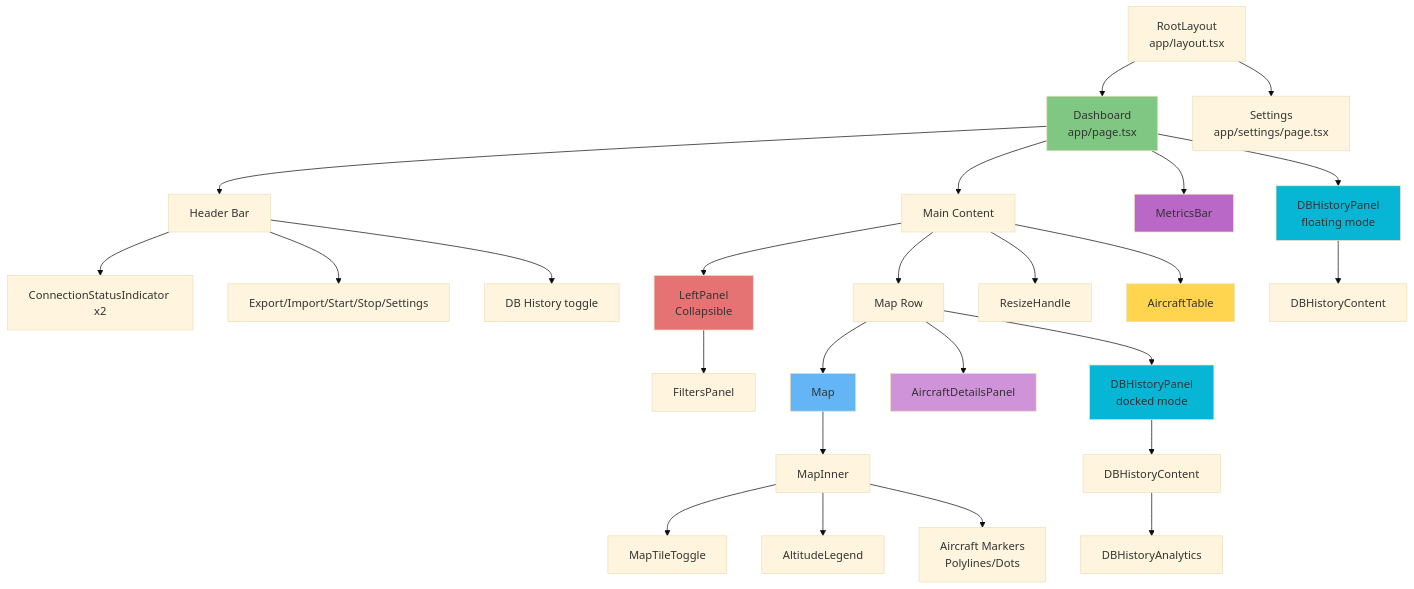
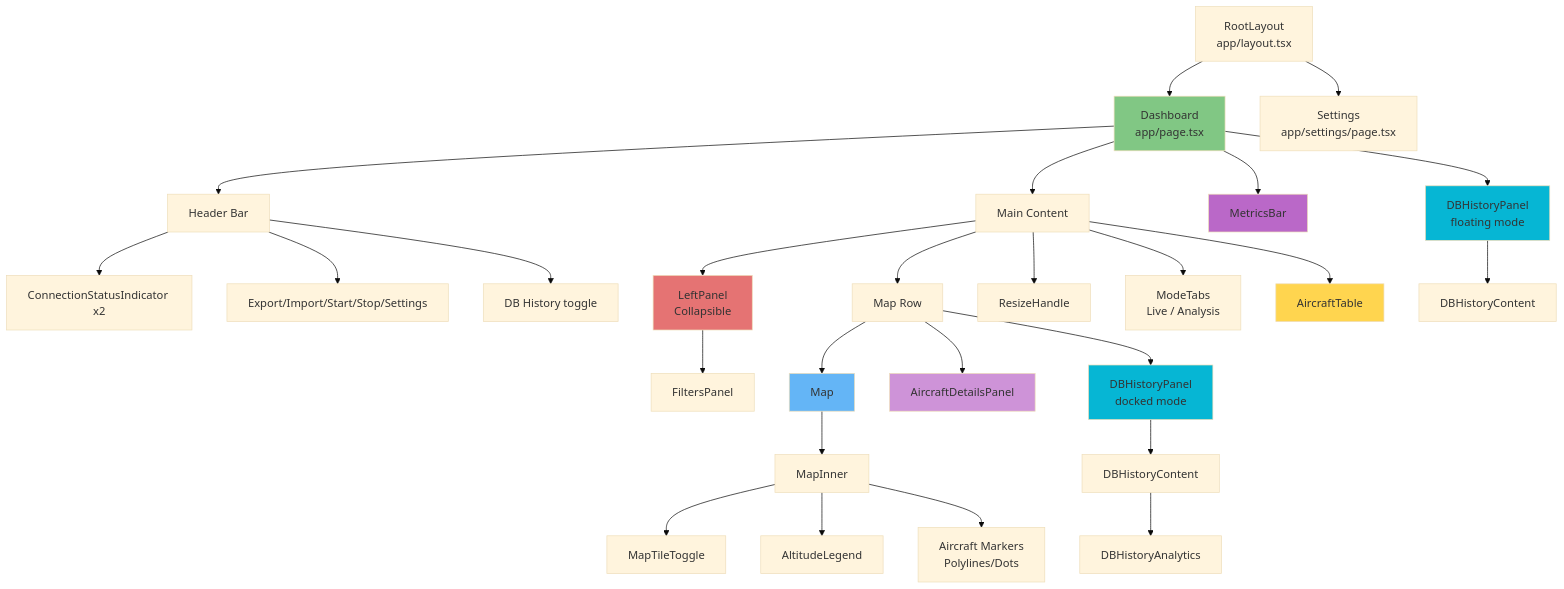
One commit to bnassivet/adsb-feed changed the third of 10 diagrams in rust/adsb-pulsar-client-desktop/docs/DESIGN.md. Above: the diagram before and after it, drawn with Mermaid (base theme). The commit also changed other lines of this file and 13 other files, not shown here.

First line of the commit message:
feat: add Analysis mode for dedicated historical track exploration

````diff
--- a/rust/adsb-pulsar-client-desktop/docs/DESIGN.md
+++ b/rust/adsb-pulsar-client-desktop/docs/DESIGN.md
@@ -240,42 +242,43 @@
 ```mermaid
 graph TD
     Root[RootLayout<br/>app/layout.tsx] --> Dashboard[Dashboard<br/>app/page.tsx]
     Root --> Settings[Settings<br/>app/settings/page.tsx]
 
     Dashboard --> Header[Header Bar]
     Dashboard --> MainContent[Main Content]
     Dashboard --> Footer[MetricsBar]
     Dashboard --> FloatingDBHistory[DBHistoryPanel<br/>floating mode]
 
     Header --> StatusIndicators[ConnectionStatusIndicator x2]
     Header --> Controls[Export/Import/Start/Stop/Settings]
     Header --> DBHistoryToggle[DB History toggle]
 
     MainContent --> LeftPanel[LeftPanel<br/>Collapsible]
     LeftPanel --> FiltersPanel[FiltersPanel]
     MainContent --> MapRow[Map Row]
     MainContent --> ResizeHandle
+    MainContent --> ModeTabs[ModeTabs<br/>Live / Analysis]
     MainContent --> Table[AircraftTable]
 
     MapRow --> Map[Map]
     MapRow --> DetailsPanel[AircraftDetailsPanel]
     MapRow --> DockedDBHistory[DBHistoryPanel<br/>docked mode]
 
     DockedDBHistory --> DBHistoryContent
     FloatingDBHistory --> DBHistoryContent2[DBHistoryContent]
     DBHistoryContent --> DBHistoryAnalytics
 
     Map --> MapInner[MapInner]
     MapInner --> MapTileToggle
     MapInner --> AltitudeLegend
     MapInner --> LeafletMarkers[Aircraft Markers<br/>Polylines/Dots]
 
     style Dashboard fill:#81C784
     style Map fill:#64B5F6
     style Table fill:#FFD54F
     style LeftPanel fill:#E57373
     style Footer fill:#BA68C8
     style DetailsPanel fill:#CE93D8
     style DockedDBHistory fill:#06b6d4
     style FloatingDBHistory fill:#06b6d4
 ```
````
